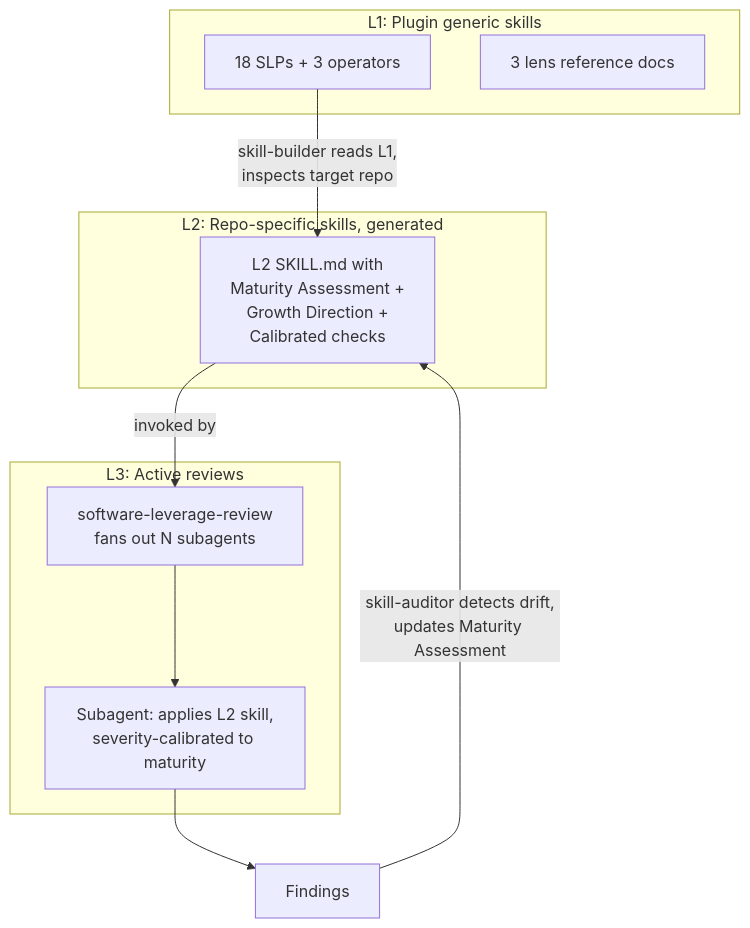
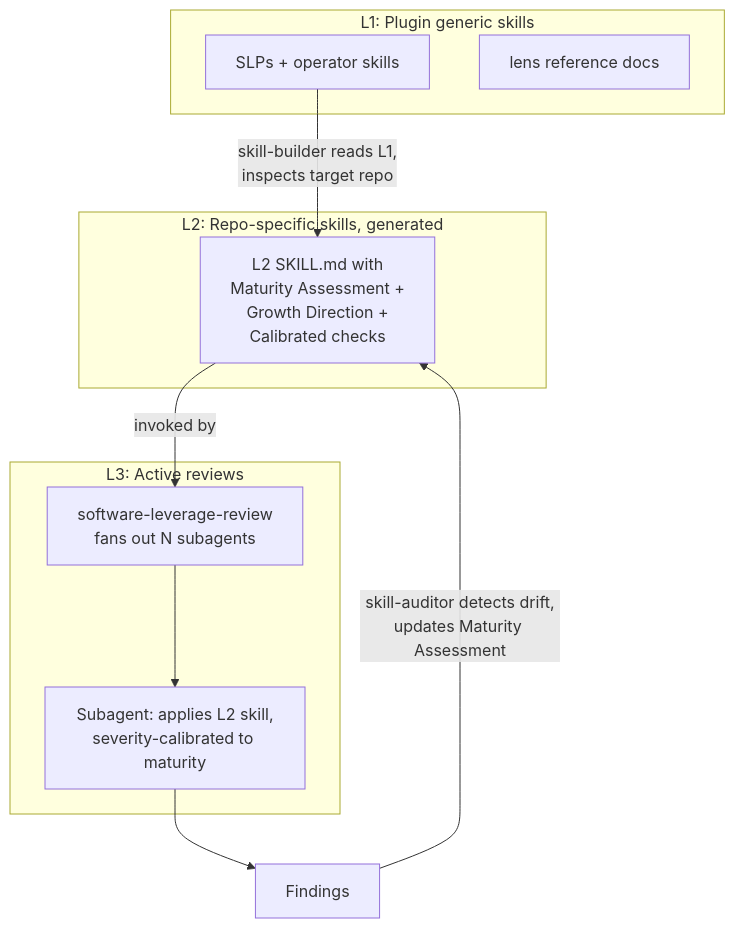
The diagram in README.md (syntropic137/software-leverage-points), drawn with Mermaid before and after one commit. The commit also changed other lines of this file and 5 other files, not shown here.

````diff
--- a/README.md
+++ b/README.md
@@ -21,22 +21,22 @@
 ```mermaid
 flowchart TD
     subgraph L1[L1: Plugin generic skills]
-        M[18 SLPs + 3 operators]
-        R[3 lens reference docs]
+        M[SLPs + operator skills]
+        R[lens reference docs]
     end
 
     subgraph L2[L2: Repo-specific skills, generated]
         L2S[L2 SKILL.md with<br/>Maturity Assessment +<br/>Growth Direction +<br/>Calibrated checks]
     end
 
     subgraph L3[L3: Active reviews]
         SLR[software-leverage-review<br/>fans out N subagents]
         SUB[Subagent: applies L2 skill,<br/>severity-calibrated to maturity]
     end
 
     M -->|skill-builder reads L1,<br/>inspects target repo| L2S
     L2S -->|invoked by| SLR
     SLR --> SUB
     SUB --> Findings
     Findings -->|skill-auditor detects drift,<br/>updates Maturity Assessment| L2S
 ```
````
